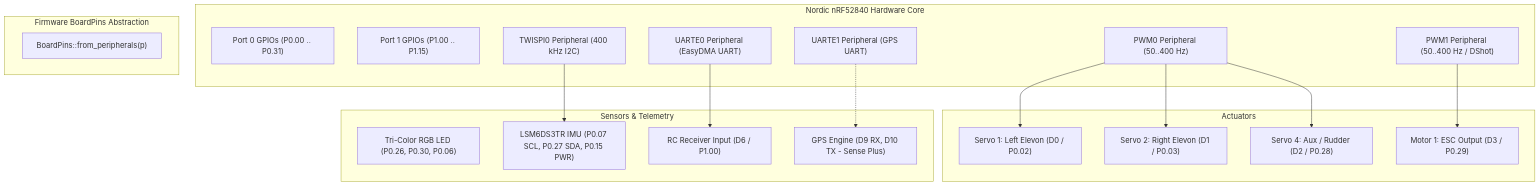
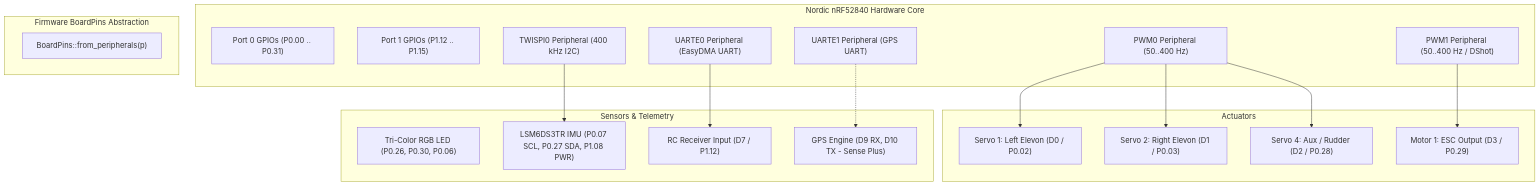
The diagram in docs/PINOUT.md (ferrox-rc/wingfc-rs), drawn with Mermaid before and after one commit. The commit also changed other lines of this file and 10 other files, not shown here.

````diff
--- a/docs/PINOUT.md
+++ b/docs/PINOUT.md
@@ -11,38 +11,38 @@
 ```mermaid
 graph TD
     subgraph "Nordic nRF52840 Hardware Core"
         P0["Port 0 GPIOs (P0.00 .. P0.31)"]
-        P1["Port 1 GPIOs (P1.00 .. P1.15)"]
+        P1["Port 1 GPIOs (P1.12 .. P1.15)"]
         PWM0["PWM0 Peripheral (50..400 Hz)"]
         PWM1["PWM1 Peripheral (50..400 Hz / DShot)"]
         TWISPI0["TWISPI0 Peripheral (400 kHz I2C)"]
         UARTE0["UARTE0 Peripheral (EasyDMA UART)"]
         UARTE1["UARTE1 Peripheral (GPS UART)"]
     end
 
     subgraph "Firmware BoardPins Abstraction"
         BP["BoardPins::from_peripherals(p)"]
     end
 
     subgraph Actuators
         S1["Servo 1: Left Elevon (D0 / P0.02)"]
         S2["Servo 2: Right Elevon (D1 / P0.03)"]
         S4["Servo 4: Aux / Rudder (D2 / P0.28)"]
         M1["Motor 1: ESC Output (D3 / P0.29)"]
     end
 
     subgraph Sensors & Telemetry
         LED["Tri-Color RGB LED (P0.26, P0.30, P0.06)"]
-        IMU["LSM6DS3TR IMU (P0.07 SCL, P0.27 SDA, P0.15 PWR)"]
-        RC["RC Receiver Input (D6 / P1.00)"]
+        IMU["LSM6DS3TR IMU (P0.07 SCL, P0.27 SDA, P1.08 PWR)"]
+        RC["RC Receiver Input (D7 / P1.12)"]
         GPS["GPS Engine (D9 RX, D10 TX - Sense Plus)"]
     end
 
     PWM0 --> S1
     PWM0 --> S2
     PWM0 --> S4
     PWM1 --> M1
     TWISPI0 --> IMU
     UARTE0 --> RC
     UARTE1 -.-> GPS
 ```
````
